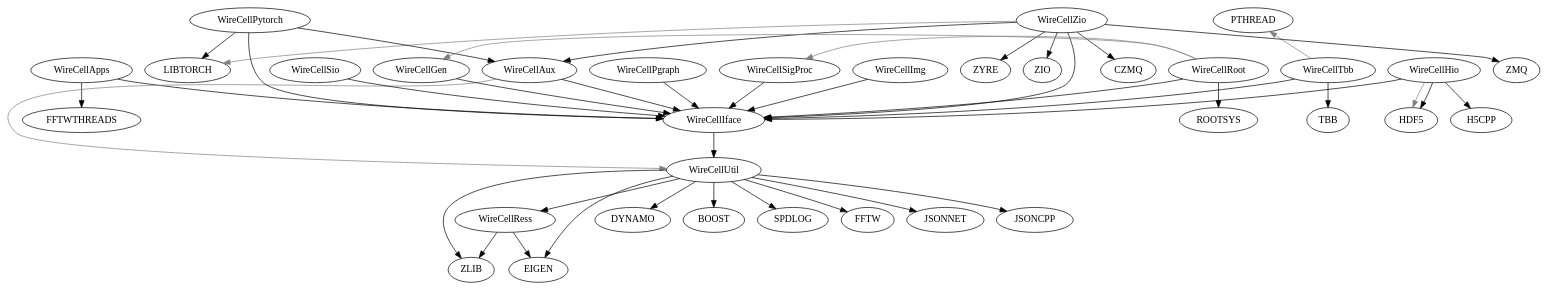
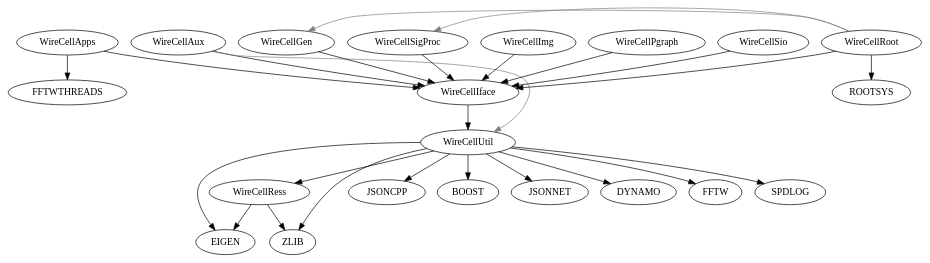
One commit to zhihuadong/wire-cell-toolkit changed the diagram in wct-deps.dot. Above: the diagram before and after it, drawn with Graphviz. The commit also changed 2 other files, not shown here.

Commit message:
gen/src/AddCoherentNoise.cxx

```diff
--- a/wct-deps.dot
+++ b/wct-deps.dot
@@ -1,59 +1,38 @@
 digraph deps {
+	"WireCellApps";
+	"WireCellAux";
+	"WireCellGen";
+	"WireCellIface";
+	"WireCellImg";
 	"WireCellPgraph";
-	"WireCellApps";
+	"WireCellRess";
+	"WireCellRoot";
 	"WireCellSigProc";
-	"WireCellImg";
-	"WireCellAux";
-	"WireCellTbb";
-	"WireCellZio";
-	"WireCellPytorch";
 	"WireCellSio";
-	"WireCellRess";
-	"WireCellIface";
-	"WireCellRoot";
-	"WireCellGen";
-	"WireCellHio";
 	"WireCellUtil";
 	"WireCellApps" -> "FFTWTHREADS"[color="black"];
-	"WireCellZio" -> "LIBTORCH"[color="gray",constraint=false];
+	"WireCellApps" -> "WireCellIface"[color="black"];
+	"WireCellAux" -> "WireCellIface"[color="black"];
+	"WireCellAux" -> "WireCellUtil"[color="gray",constraint=false];
+	"WireCellGen" -> "WireCellIface"[color="black"];
+	"WireCellIface" -> "WireCellUtil"[color="black"];
+	"WireCellImg" -> "WireCellIface"[color="black"];
+	"WireCellPgraph" -> "WireCellIface"[color="black"];
+	"WireCellRess" -> "EIGEN"[color="black"];
 	"WireCellRess" -> "ZLIB"[color="black"];
+	"WireCellRoot" -> "ROOTSYS"[color="black"];
+	"WireCellRoot" -> "WireCellIface"[color="black"];
+	"WireCellRoot" -> "WireCellGen"[color="gray",constraint=false];
+	"WireCellRoot" -> "WireCellSigProc"[color="gray",constraint=false];
+	"WireCellSigProc" -> "WireCellIface"[color="black"];
+	"WireCellSio" -> "WireCellIface"[color="black"];
+	"WireCellUtil" -> "EIGEN"[color="black"];
+	"WireCellUtil" -> "JSONCPP"[color="black"];
+	"WireCellUtil" -> "WireCellRess"[color="black"];
+	"WireCellUtil" -> "BOOST"[color="black"];
+	"WireCellUtil" -> "JSONNET"[color="black"];
 	"WireCellUtil" -> "DYNAMO"[color="black"];
-	"WireCellAux" -> "WireCellIface"[color="black"];
-	"WireCellPytorch" -> "WireCellAux"[color="black"];
 	"WireCellUtil" -> "ZLIB"[color="black"];
-	"WireCellHio" -> "H5CPP"[color="black"];
-	"WireCellPgraph" -> "WireCellIface"[color="black"];
-	"WireCellHio" -> "HDF5"[color="gray",constraint=false];
-	"WireCellHio" -> "HDF5"[color="black"];
-	"WireCellAux" -> "WireCellUtil"[color="gray",constraint=false];
-	"WireCellZio" -> "WireCellIface"[color="black"];
-	"WireCellSigProc" -> "WireCellIface"[color="black"];
-	"WireCellTbb" -> "WireCellIface"[color="black"];
-	"WireCellGen" -> "WireCellIface"[color="black"];
-	"WireCellZio" -> "ZIO"[color="black"];
-	"WireCellUtil" -> "BOOST"[color="black"];
-	"WireCellRoot" -> "WireCellIface"[color="black"];
-	"WireCellImg" -> "WireCellIface"[color="black"];
-	"WireCellUtil" -> "EIGEN"[color="black"];
-	"WireCellRoot" -> "ROOTSYS"[color="black"];
-	"WireCellZio" -> "CZMQ"[color="black"];
-	"WireCellUtil" -> "WireCellRess"[color="black"];
-	"WireCellRoot" -> "WireCellSigProc"[color="gray",constraint=false];
-	"WireCellTbb" -> "PTHREAD"[color="gray",constraint=false];
+	"WireCellUtil" -> "FFTW"[color="black"];
 	"WireCellUtil" -> "SPDLOG"[color="black"];
-	"WireCellRoot" -> "WireCellGen"[color="gray",constraint=false];
-	"WireCellZio" -> "ZMQ"[color="black"];
-	"WireCellUtil" -> "FFTW"[color="black"];
-	"WireCellHio" -> "WireCellIface"[color="black"];
-	"WireCellSio" -> "WireCellIface"[color="black"];
-	"WireCellPytorch" -> "WireCellIface"[color="black"];
-	"WireCellPytorch" -> "LIBTORCH"[color="black"];
-	"WireCellUtil" -> "JSONNET"[color="black"];
-	"WireCellRess" -> "EIGEN"[color="black"];
-	"WireCellIface" -> "WireCellUtil"[color="black"];
-	"WireCellZio" -> "WireCellAux"[color="black"];
-	"WireCellTbb" -> "TBB"[color="black"];
-	"WireCellApps" -> "WireCellIface"[color="black"];
-	"WireCellUtil" -> "JSONCPP"[color="black"];
-	"WireCellZio" -> "ZYRE"[color="black"];
 }
```
